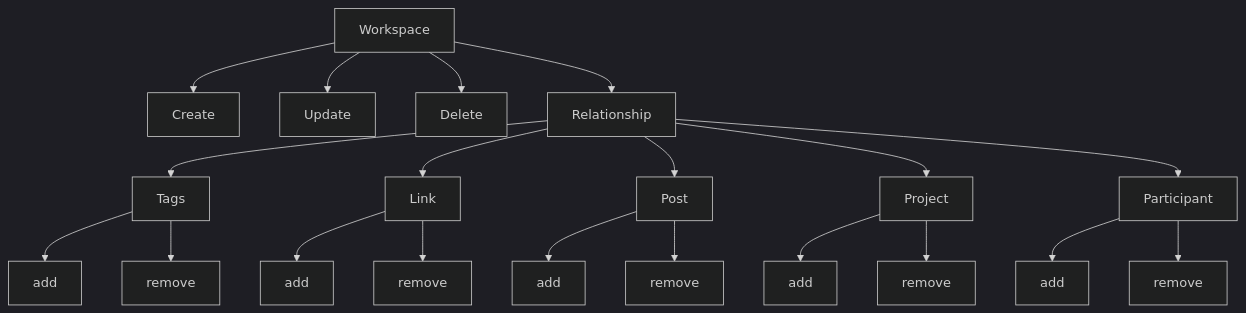
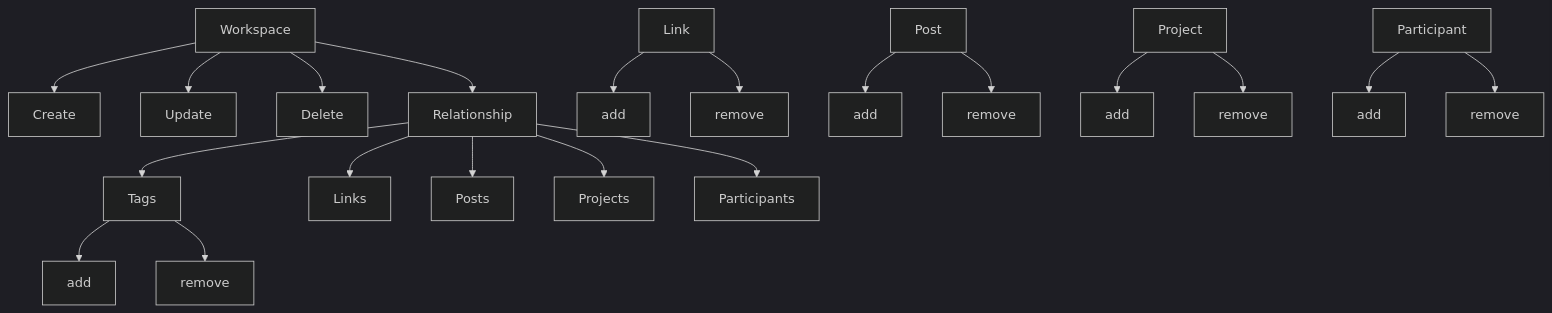
The second of 2 diagrams in README.md (DviDev/workspace-module), drawn with Mermaid (dark theme) before and after one commit.

````diff
--- a/README.md
+++ b/README.md
@@ -12,23 +12,23 @@
 ```mermaid
 graph TD;
     Workspace-->Create;
     Workspace-->Update;
     Workspace-->Delete;
     Workspace-->Relationship;
     Relationship-->Tags;
     Tags-->TagsAdd[add];
     Tags-->TagsRemove[remove];
-    Relationship-->Link;
+    Relationship-->Links;
     Link-->LinkAdd[add];
     Link-->RemoveLink[remove];
-    Relationship-->Post;
+    Relationship-->Posts;
     Post-->AddPost[add];
     Post-->RemovePost[remove];
-    Relationship-->Project;
+    Relationship-->Projects;
     Project-->AddProject[add];
     Project-->RemoveProject[remove];
-    Relationship-->Participant;
+    Relationship-->Participants;
     Participant-->AddParticipant[add];
     Participant-->RemoveParticipant[remove];
     
 ```
````
